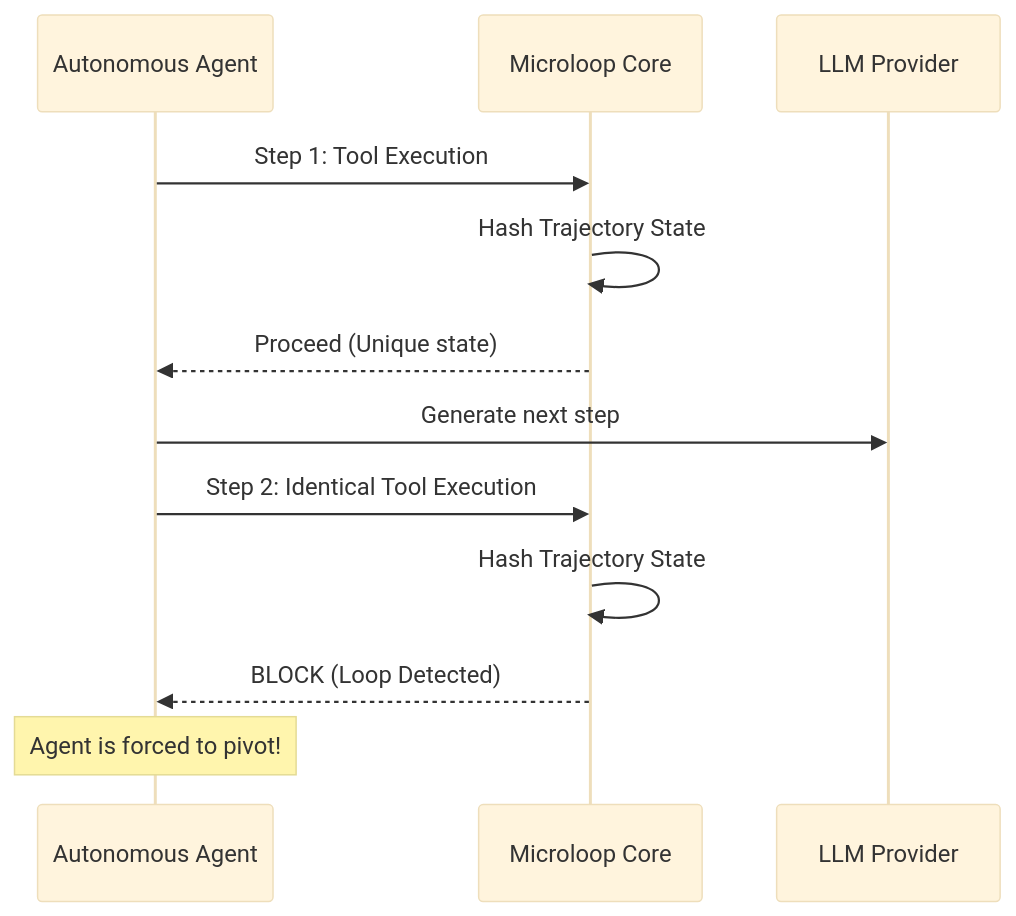
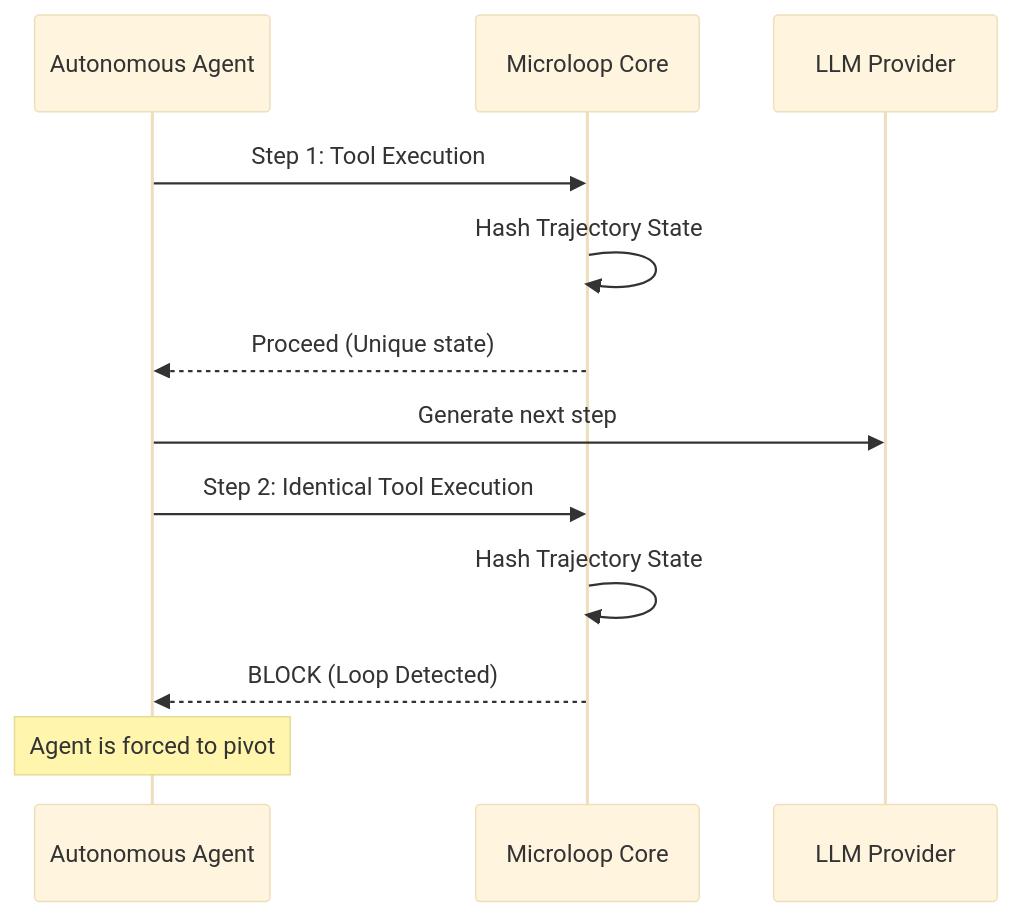
Before and after one commit to Devaretanmay/microloop: the diagram in README.md, drawn with Mermaid (base theme). The commit also changed other lines of this file and 1 other file, not shown here.

````diff
--- a/README.md
+++ b/README.md
@@ -29,16 +28,16 @@
 ```mermaid
 sequenceDiagram
     participant Agent as Autonomous Agent
     participant Microloop as Microloop Core
     participant LLM as LLM Provider
     
     Agent->>Microloop: Step 1: Tool Execution
     Microloop->>Microloop: Hash Trajectory State
     Microloop-->>Agent: Proceed (Unique state)
     Agent->>LLM: Generate next step
     
     Agent->>Microloop: Step 2: Identical Tool Execution
     Microloop->>Microloop: Hash Trajectory State
     Microloop-->>Agent: BLOCK (Loop Detected)
-    Note over Agent: Agent is forced to pivot!
+    Note over Agent: Agent is forced to pivot
 ```
````
